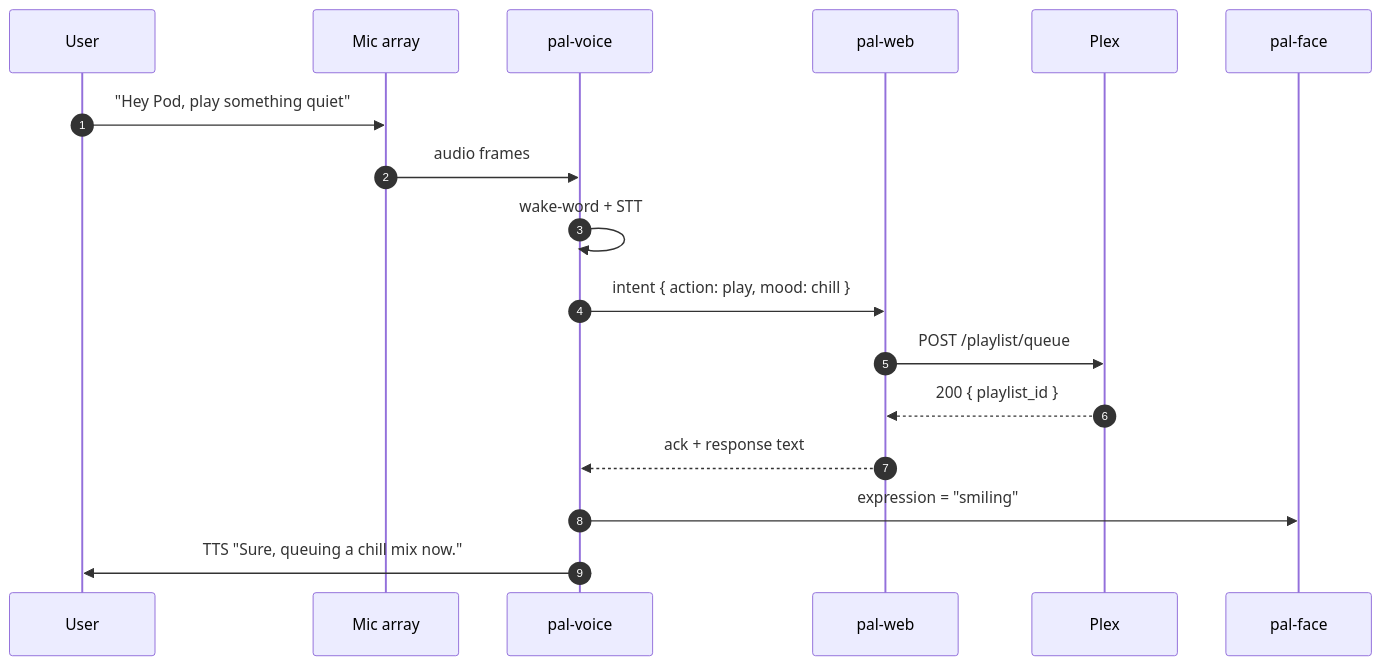
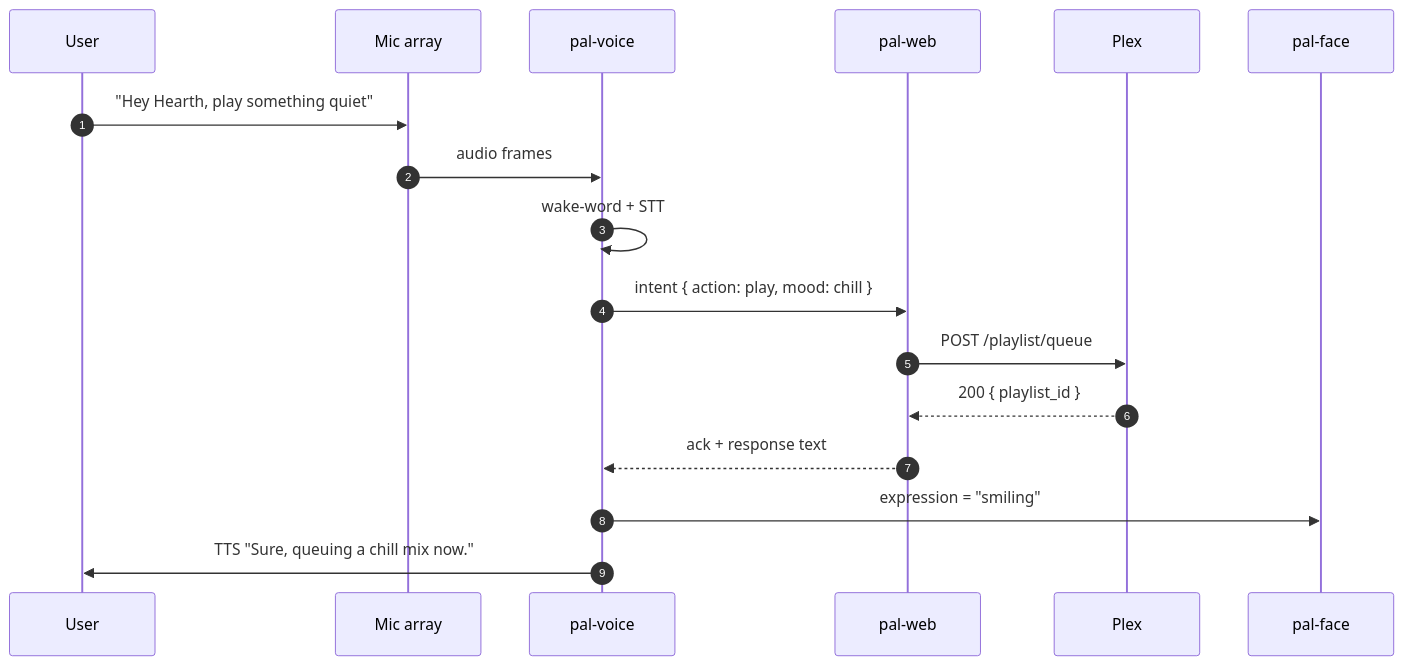
Before and after one commit to A-Hackers-Guide/palpod-os: the second of 2 diagrams in docs/ARCHITECTURE.md, drawn with Mermaid. The commit also changed 281 other files, not shown here.

First line of the commit message:
brand: sweep KiCad silkscreen + title metadata + Hey Pod wake word to Hearth

````diff
--- a/docs/ARCHITECTURE.md
+++ b/docs/ARCHITECTURE.md
@@ -114,20 +114,20 @@
 ```mermaid
 sequenceDiagram
     autonumber
     participant U as User
     participant M as Mic array
     participant V as pal-voice
     participant W as pal-web
     participant P as Plex
     participant F as pal-face
 
-    U->>M: "Hey Pod, play something quiet"
+    U->>M: "Hey Hearth, play something quiet"
     M->>V: audio frames
     V->>V: wake-word + STT
     V->>W: intent { action: play, mood: chill }
     W->>P: POST /playlist/queue
     P-->>W: 200 { playlist_id }
     W-->>V: ack + response text
     V->>F: expression = "smiling"
     V->>U: TTS "Sure, queuing a chill mix now."
 ```
````
